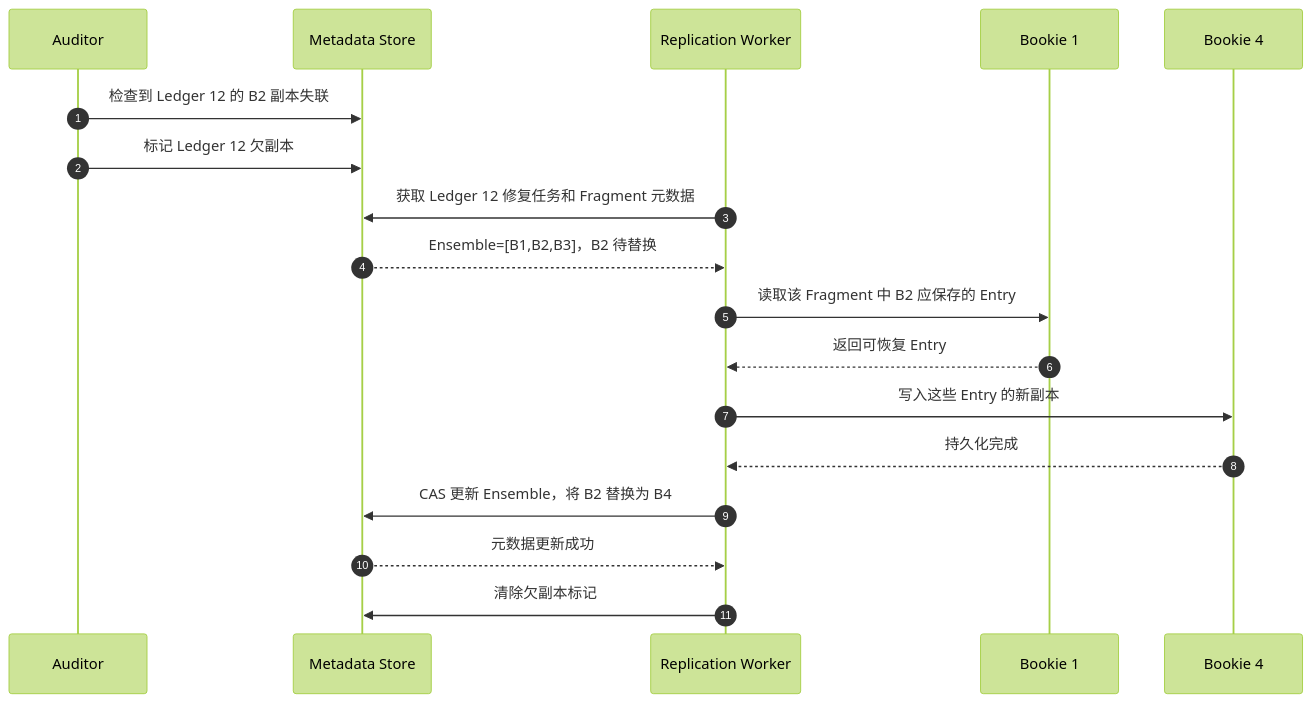
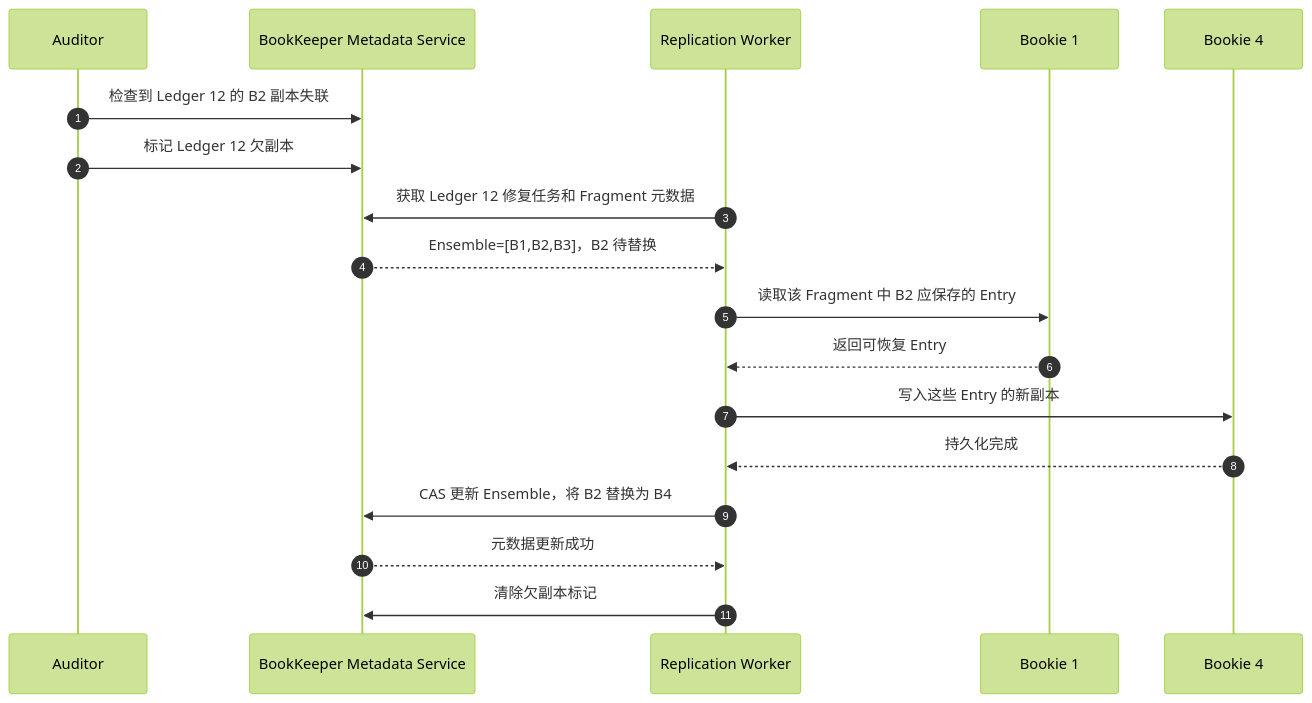
The eighth of 11 diagrams in posts/microservices/queue/032_pulsar_message_queue_implementation.md (hotttao/backup), drawn with Mermaid (forest theme) before and after one commit. The commit also changed other lines of this file and 1 other file, not shown here.

````diff
--- a/posts/microservices/queue/032_pulsar_message_queue_implementation.md
+++ b/posts/microservices/queue/032_pulsar_message_queue_implementation.md
@@ -484,21 +624,21 @@
 ```mermaid
 sequenceDiagram
     autonumber
     participant A as Auditor
-    participant M as Metadata Store
+    participant M as BookKeeper Metadata Service
     participant R as Replication Worker
     participant B1 as Bookie 1
     participant B4 as Bookie 4
 
     A->>M: 检查到 Ledger 12 的 B2 副本失联
     A->>M: 标记 Ledger 12 欠副本
     R->>M: 获取 Ledger 12 修复任务和 Fragment 元数据
     M-->>R: Ensemble=[B1,B2,B3]，B2 待替换
     R->>B1: 读取该 Fragment 中 B2 应保存的 Entry
     B1-->>R: 返回可恢复 Entry
     R->>B4: 写入这些 Entry 的新副本
     B4-->>R: 持久化完成
     R->>M: CAS 更新 Ensemble，将 B2 替换为 B4
     M-->>R: 元数据更新成功
     R->>M: 清除欠副本标记
 ```
````
